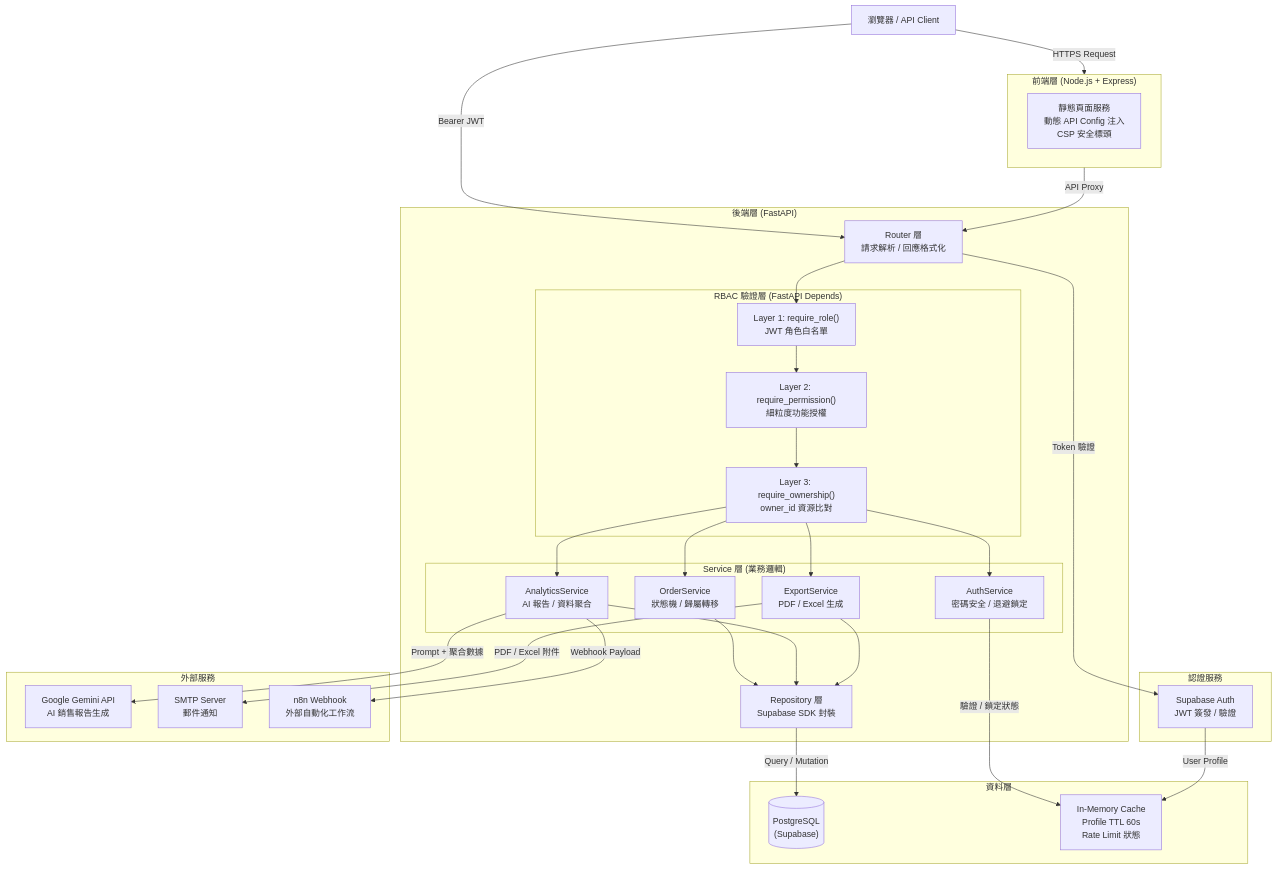
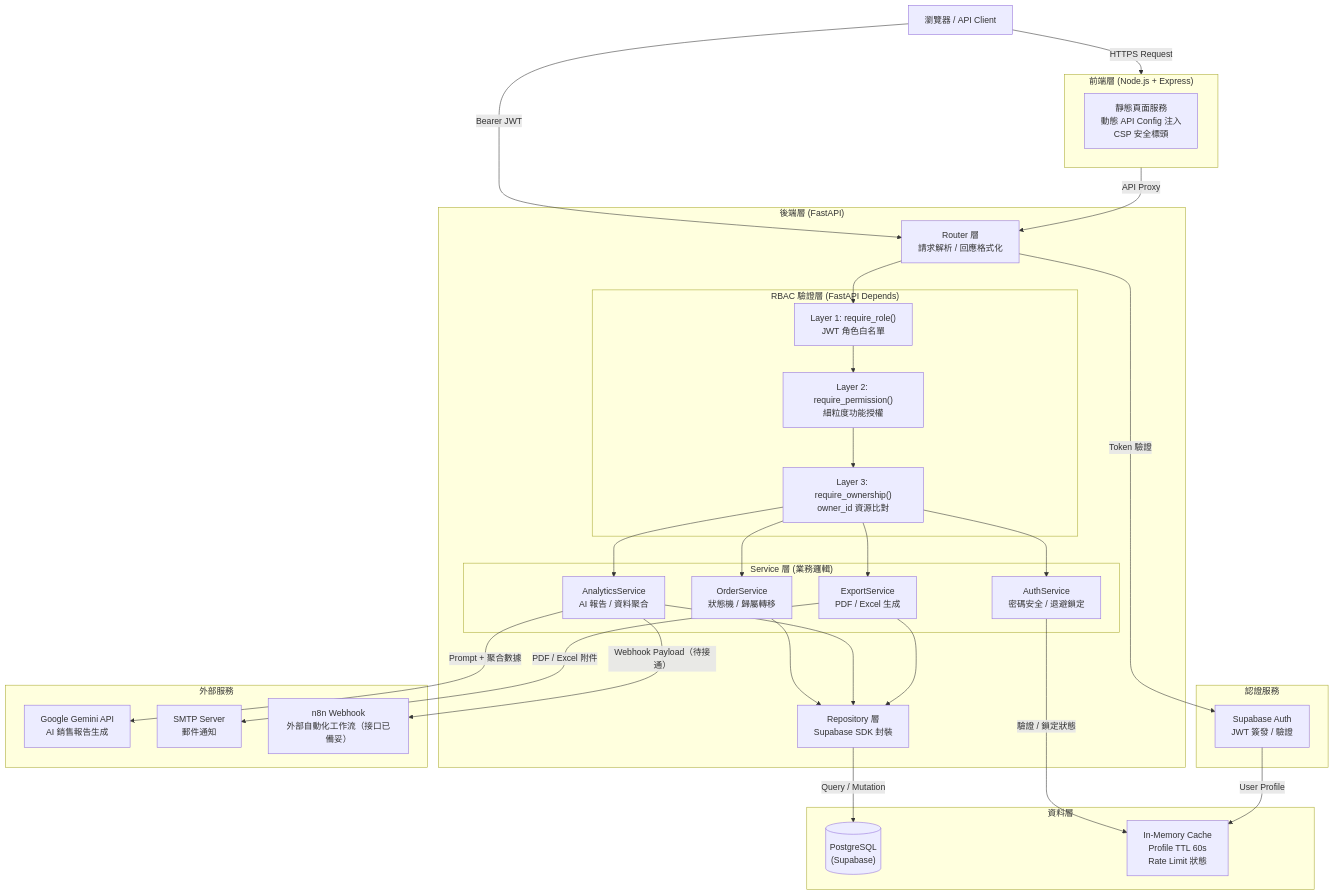
Before and after one commit to tevan1234/RBAC-Order-Management-System: the first of 3 diagrams in README.md, drawn with Mermaid. The commit also changed other lines of this file, not shown here.

````diff
--- a/README.md
+++ b/README.md
@@ -100,56 +101,56 @@
 ```mermaid
 flowchart TD
     Client["瀏覽器 / API Client"]
 
     subgraph Frontend["前端層 (Node.js + Express)"]
         FE["靜態頁面服務\n動態 API Config 注入\nCSP 安全標頭"]
     end
 
     subgraph Backend["後端層 (FastAPI)"]
         Router["Router 層\n請求解析 / 回應格式化"]
 
         subgraph RBAC["RBAC 驗證層 (FastAPI Depends)"]
             L1["Layer 1: require_role()\nJWT 角色白名單"]
             L2["Layer 2: require_permission()\n細粒度功能授權"]
             L3["Layer 3: require_ownership()\nowner_id 資源比對"]
         end
 
         subgraph Services["Service 層 (業務邏輯)"]
             OrderSvc["OrderService\n狀態機 / 歸屬轉移"]
             AuthSvc["AuthService\n密碼安全 / 退避鎖定"]
             AnalyticsSvc["AnalyticsService\nAI 報告 / 資料聚合"]
             ExportSvc["ExportService\nPDF / Excel 生成"]
         end
 
         Repo["Repository 層\nSupabase SDK 封裝"]
     end
 
     subgraph DataLayer["資料層"]
         PG[("PostgreSQL\n(Supabase)")]
         Cache["In-Memory Cache\nProfile TTL 60s\nRate Limit 狀態"]
     end
 
     subgraph AuthProvider["認證服務"]
         SupaAuth["Supabase Auth\nJWT 簽發 / 驗證"]
     end
 
     subgraph External["外部服務"]
         Gemini["Google Gemini API\nAI 銷售報告生成"]
         SMTP["SMTP Server\n郵件通知"]
-        N8N["n8n Webhook\n外部自動化工作流"]
+        N8N["n8n Webhook\n外部自動化工作流（接口已備妥）"]
     end
 
     Client -->|"HTTPS Request"| Frontend
     Client -->|"Bearer JWT"| Router
     Frontend -->|"API Proxy"| Router
     Router --> L1 --> L2 --> L3
     L3 --> OrderSvc & AuthSvc & AnalyticsSvc & ExportSvc
     AuthSvc -->|"驗證 / 鎖定狀態"| Cache
     OrderSvc & AnalyticsSvc & ExportSvc --> Repo
     Repo -->|"Query / Mutation"| PG
     Router -->|"Token 驗證"| SupaAuth
     SupaAuth -->|"User Profile"| Cache
     AnalyticsSvc -->|"Prompt + 聚合數據"| Gemini
     ExportSvc -->|"PDF / Excel 附件"| SMTP
-    AnalyticsSvc -->|"Webhook Payload"| N8N
+    AnalyticsSvc -->|"Webhook Payload（待接通）"| N8N
 ```
````
